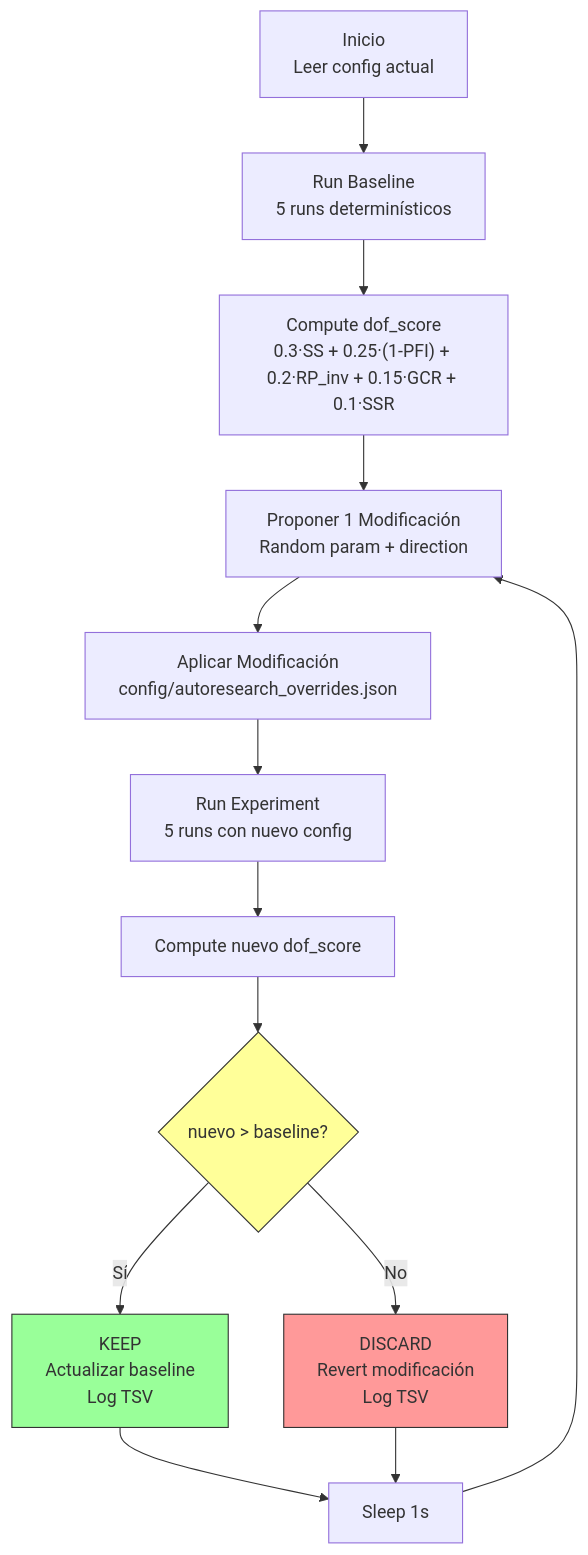
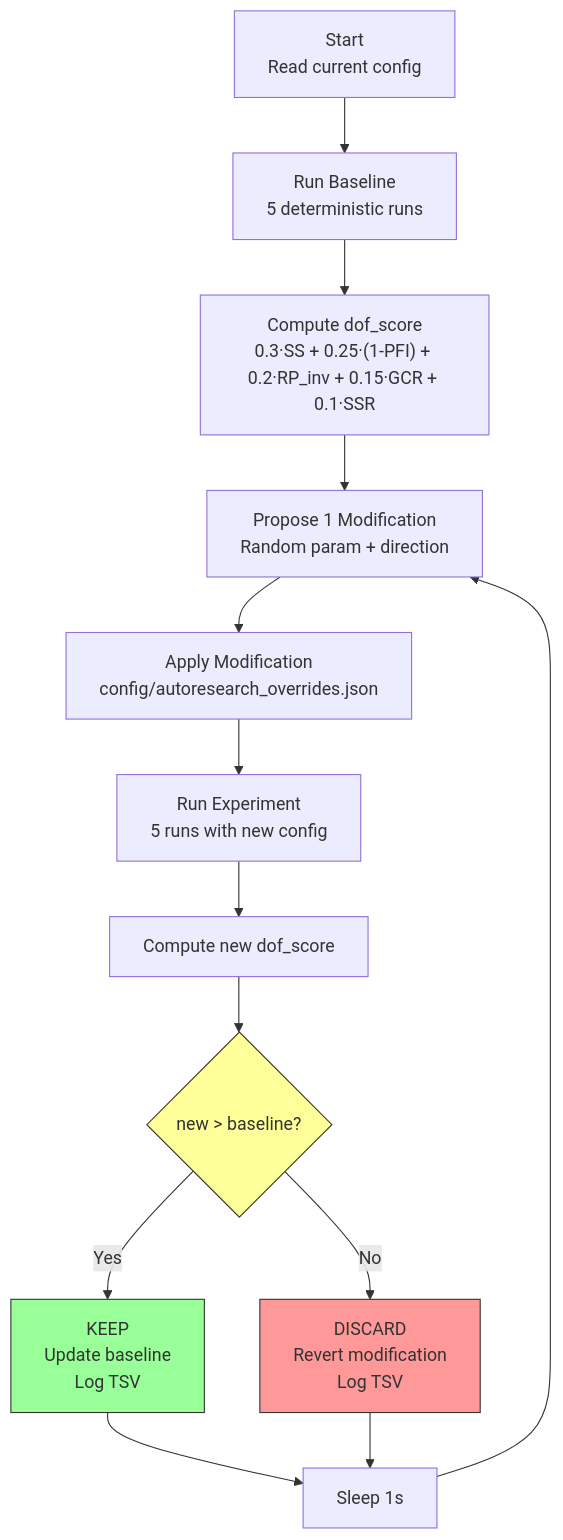
Before and after one commit to Cyberpaisa/DOF-MESH: the third of 8 diagrams in docs/04_strategy/SYSTEM_REPORT_v0.5.md, drawn with Mermaid. The commit also changed other lines of this file and 63 other files, not shown here.

````diff
--- a/docs/04_strategy/SYSTEM_REPORT_v0.5.md
+++ b/docs/04_strategy/SYSTEM_REPORT_v0.5.md
@@ -156,22 +156,22 @@
 ```mermaid
 flowchart TD
-    START["Inicio<br/>Leer config actual"] --> BASE["Run Baseline<br/>5 runs determinísticos"]
+    START["Start<br/>Read current config"] --> BASE["Run Baseline<br/>5 deterministic runs"]
     BASE --> SCORE["Compute dof_score<br/>0.3·SS + 0.25·(1-PFI) + 0.2·RP_inv + 0.15·GCR + 0.1·SSR"]
-    SCORE --> CYCLE["Proponer 1 Modificación<br/>Random param + direction"]
+    SCORE --> CYCLE["Propose 1 Modification<br/>Random param + direction"]
 
-    CYCLE --> APPLY["Aplicar Modificación<br/>config/autoresearch_overrides.json"]
-    APPLY --> RUN["Run Experiment<br/>5 runs con nuevo config"]
-    RUN --> EVAL["Compute nuevo dof_score"]
-    EVAL --> CMP{"nuevo > baseline?"}
+    CYCLE --> APPLY["Apply Modification<br/>config/autoresearch_overrides.json"]
+    APPLY --> RUN["Run Experiment<br/>5 runs with new config"]
+    RUN --> EVAL["Compute new dof_score"]
+    EVAL --> CMP{"new > baseline?"}
 
-    CMP -->|"Sí"| KEEP["KEEP<br/>Actualizar baseline<br/>Log TSV"]
-    CMP -->|"No"| DISCARD["DISCARD<br/>Revert modificación<br/>Log TSV"]
+    CMP -->|"Yes"| KEEP["KEEP<br/>Update baseline<br/>Log TSV"]
+    CMP -->|"No"| DISCARD["DISCARD<br/>Revert modification<br/>Log TSV"]
 
     KEEP --> WAIT["Sleep 1s"]
     DISCARD --> WAIT
     WAIT --> CYCLE
 
     style CMP fill:#ff9,stroke:#333
     style KEEP fill:#9f9,stroke:#333
     style DISCARD fill:#f99,stroke:#333
 ```
````
